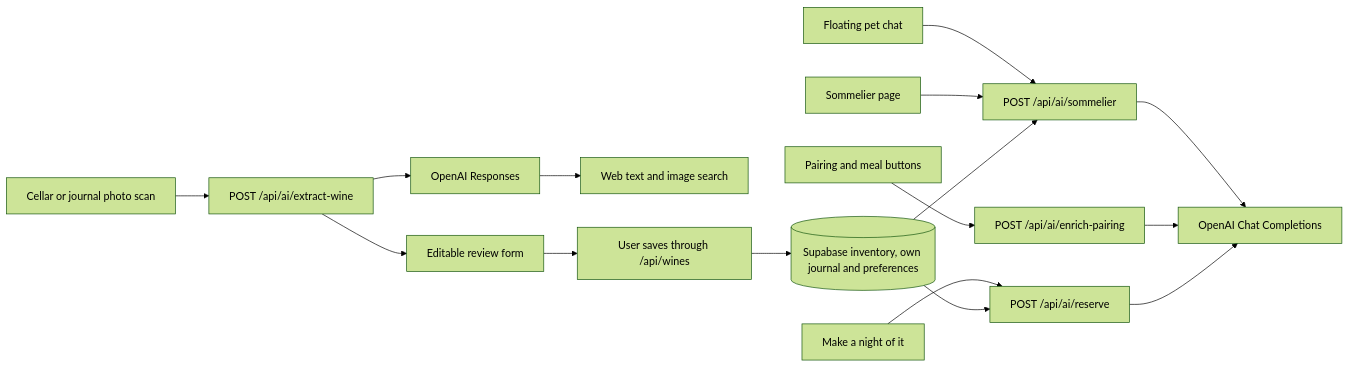
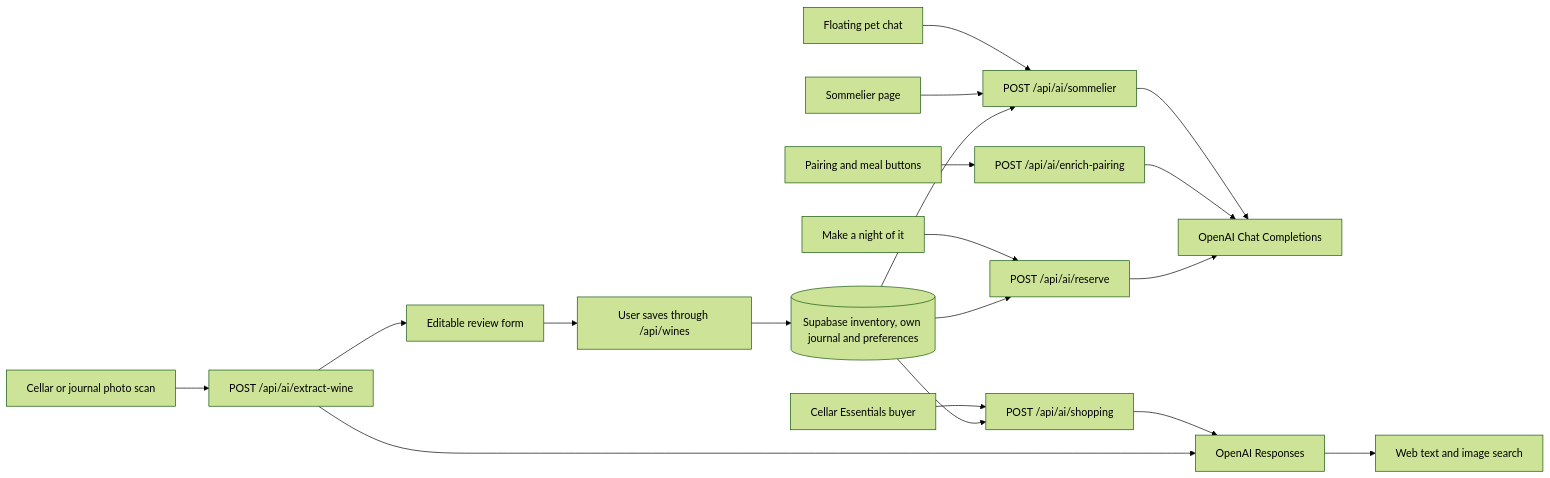
The diagram in docs/ai-integrations.md (fellot/flint), drawn with Mermaid (forest theme) before and after one commit. The commit also changed other lines of this file and 17 other files, not shown here.

````diff
--- a/docs/ai-integrations.md
+++ b/docs/ai-integrations.md
@@ -25,18 +26,21 @@
 ```mermaid
 flowchart LR
   Pet["Floating pet chat"] --> Chat["POST /api/ai/sommelier"]
   Page["Sommelier page"] --> Chat
   Edit["Pairing and meal buttons"] --> Pair["POST /api/ai/enrich-pairing"]
   Tonight["Make a night of it"] --> Reserve["POST /api/ai/reserve"]
   Photo["Cellar or journal photo scan"] --> Scan["POST /api/ai/extract-wine"]
   Chat --> Completions["OpenAI Chat Completions"]
   Pair --> Completions
   Reserve --> Completions
   DB[("Supabase inventory, own journal and preferences")] --> Reserve
   DB --> Chat
-  Scan --> Responses["OpenAI Responses"]
+  Buyer["Cellar Essentials buyer"] --> Shopping["POST /api/ai/shopping"]
+  DB --> Shopping
+  Shopping --> Responses["OpenAI Responses"]
+  Scan --> Responses
   Responses --> Search["Web text and image search"]
   Scan --> Review["Editable review form"]
   Review --> Save["User saves through /api/wines"]
   Save --> DB
 ```
````
